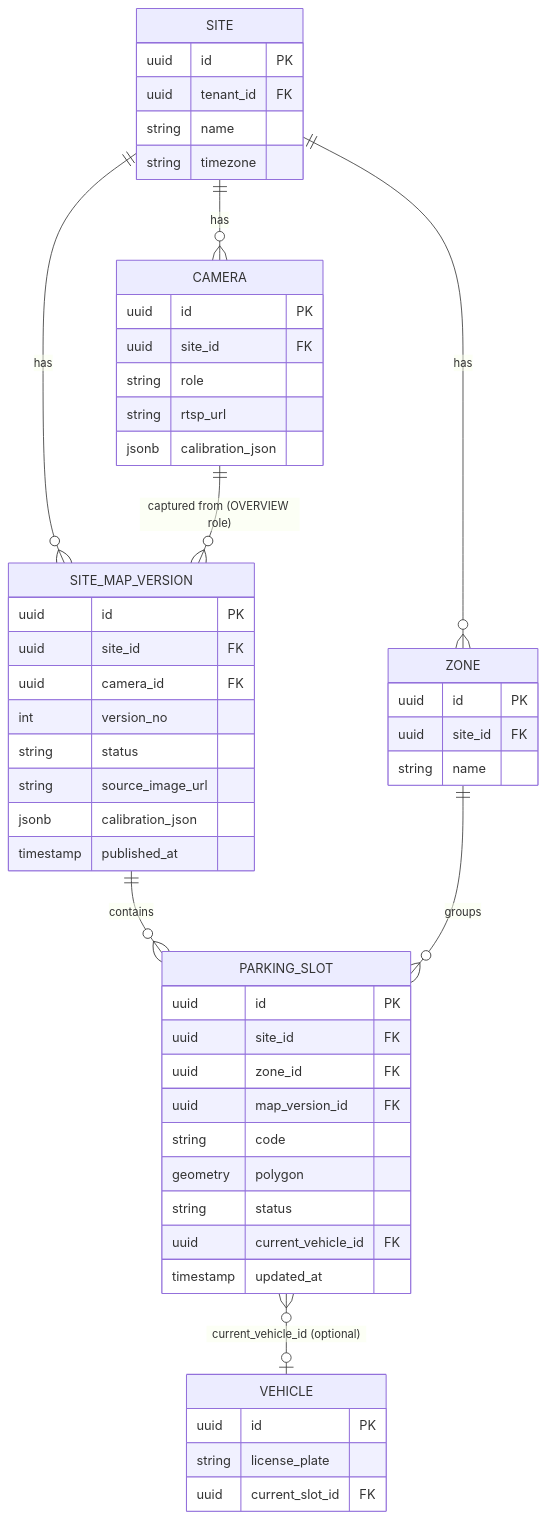
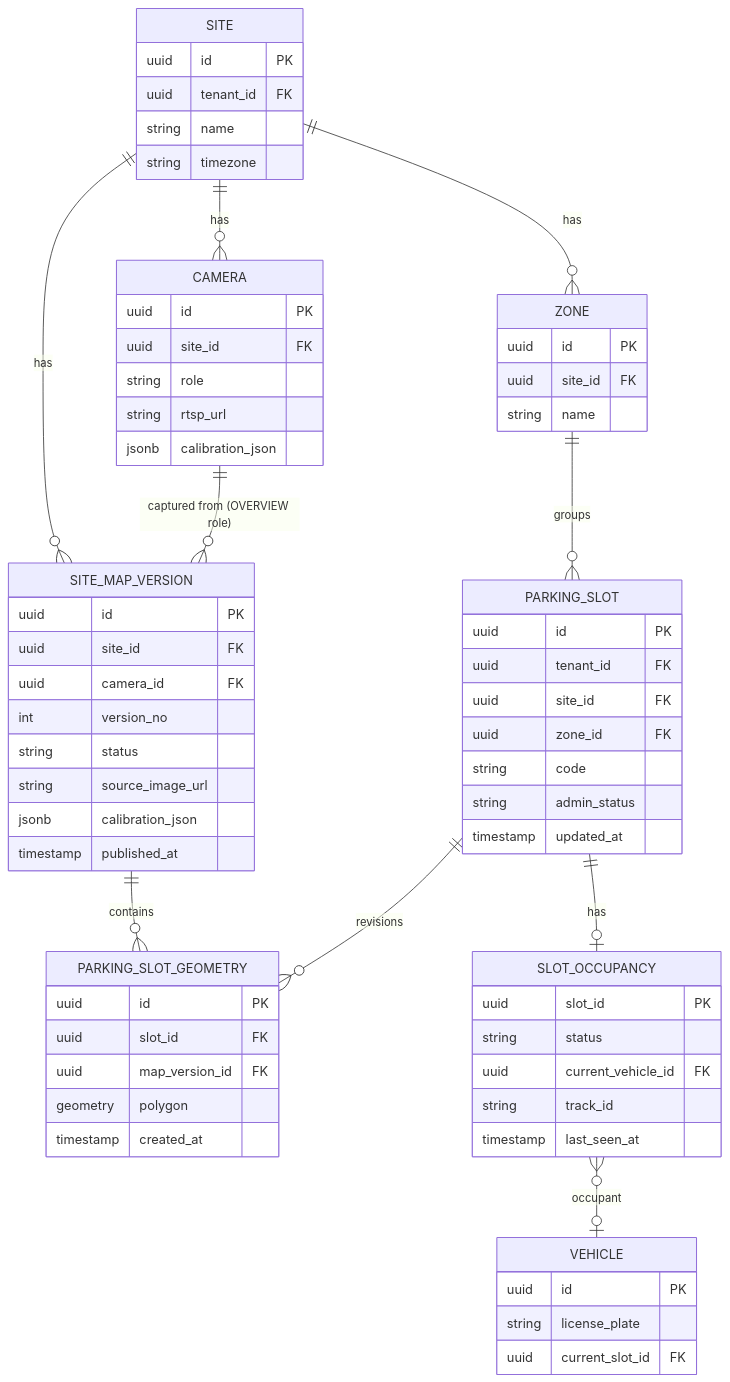
The diagram in docs/08_Parking_Map_Designer/diagrams/slot-map-data.mmd (dainn-dev/next-manage-user), drawn with Mermaid before and after one commit. The commit also changed 22 other files, not shown here.

First line of the commit message:
feat: Implement parking-slot runtime and transition-event contract (ADR-1102)

```diff
--- a/docs/08_Parking_Map_Designer/diagrams/slot-map-data.mmd
+++ b/docs/08_Parking_Map_Designer/diagrams/slot-map-data.mmd
@@ -1,53 +1,67 @@
 erDiagram
     SITE ||--o{ ZONE : has
     SITE ||--o{ CAMERA : has
     SITE ||--o{ SITE_MAP_VERSION : has
     CAMERA ||--o{ SITE_MAP_VERSION : "captured from (OVERVIEW role)"
-    SITE_MAP_VERSION ||--o{ PARKING_SLOT : contains
+    SITE_MAP_VERSION ||--o{ PARKING_SLOT_GEOMETRY : contains
     ZONE ||--o{ PARKING_SLOT : groups
-    PARKING_SLOT }o--o| VEHICLE : "current_vehicle_id (optional)"
+    PARKING_SLOT ||--o{ PARKING_SLOT_GEOMETRY : revisions
+    PARKING_SLOT ||--o| SLOT_OCCUPANCY : has
+    SLOT_OCCUPANCY }o--o| VEHICLE : occupant
 
     SITE {
         uuid id PK
         uuid tenant_id FK
         string name
         string timezone
     }
     ZONE {
         uuid id PK
         uuid site_id FK
         string name
     }
     CAMERA {
         uuid id PK
         uuid site_id FK
         string role
         string rtsp_url
         jsonb calibration_json
     }
     SITE_MAP_VERSION {
         uuid id PK
         uuid site_id FK
         uuid camera_id FK
         int version_no
         string status
         string source_image_url
         jsonb calibration_json
         timestamp published_at
     }
     PARKING_SLOT {
         uuid id PK
+        uuid tenant_id FK
         uuid site_id FK
         uuid zone_id FK
+        string code
+        string admin_status
+        timestamp updated_at
+    }
+    PARKING_SLOT_GEOMETRY {
+        uuid id PK
+        uuid slot_id FK
         uuid map_version_id FK
-        string code
         geometry polygon
+        timestamp created_at
+    }
+    SLOT_OCCUPANCY {
+        uuid slot_id PK
         string status
         uuid current_vehicle_id FK
-        timestamp updated_at
+        string track_id
+        timestamp last_seen_at
     }
     VEHICLE {
         uuid id PK
         string license_plate
         uuid current_slot_id FK
     }
```
